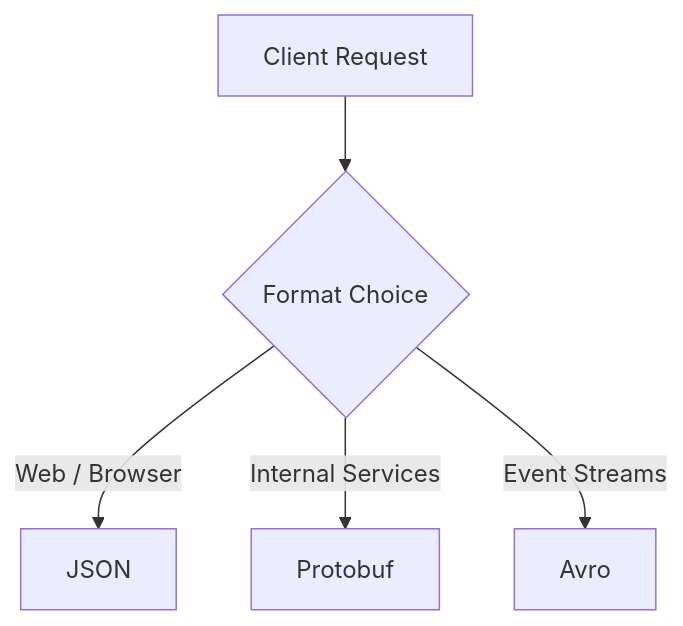
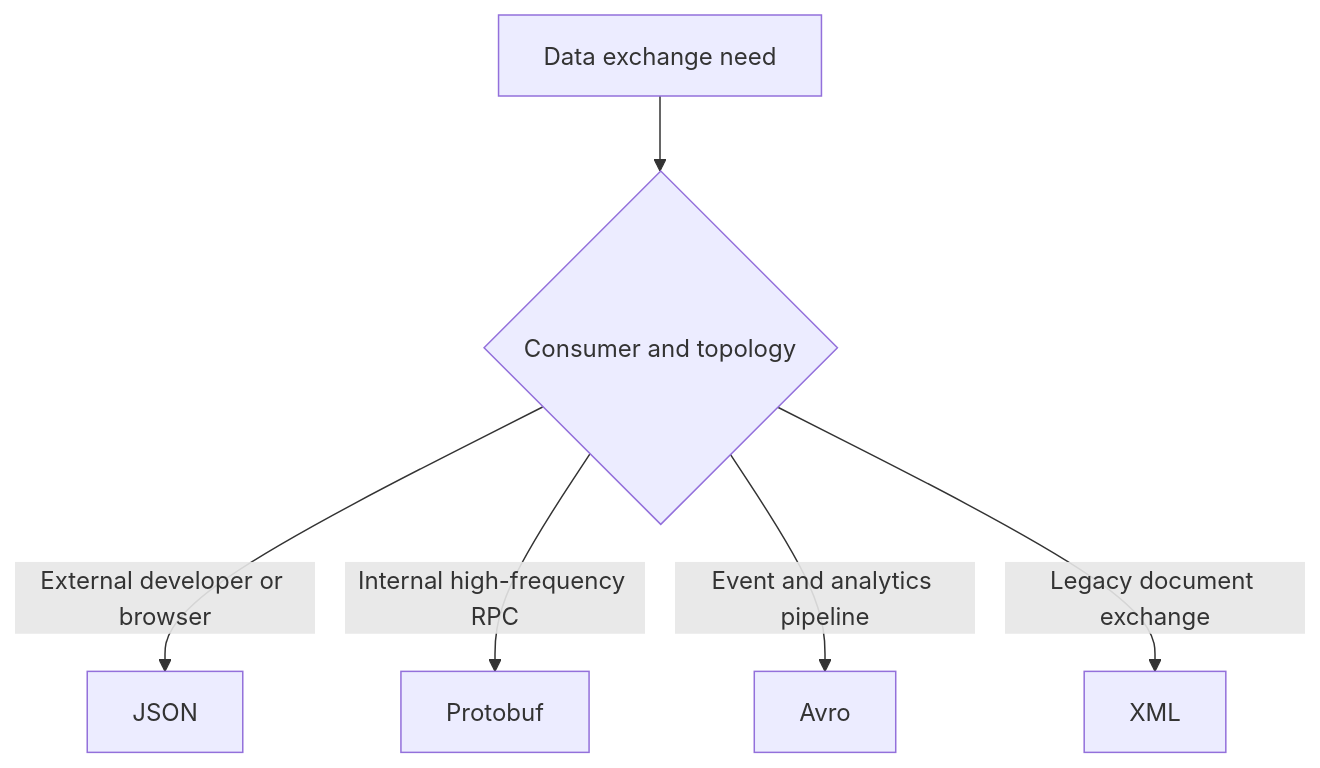
Before and after one commit to vsharma2430/LearnDesign: the second of 9 diagrams in hld/05-hld-api-design/lessons.md, drawn with Mermaid. The commit also changed other lines of this file, not shown here.

````diff
--- a/hld/05-hld-api-design/lessons.md
+++ b/hld/05-hld-api-design/lessons.md
@@ -78,7 +66,8 @@
 ```mermaid
 flowchart TD
-    A[Client Request] --> B{Format Choice}
-    B -->|Web / Browser| C[JSON]
-    B -->|Internal Services| D[Protobuf]
-    B -->|Event Streams| E[Avro]
+    A[Data exchange need] --> B{Consumer and topology}
+    B -->|External developer or browser| C[JSON]
+    B -->|Internal high-frequency RPC| D[Protobuf]
+    B -->|Event and analytics pipeline| E[Avro]
+    B -->|Legacy document exchange| F[XML]
 ```
````
